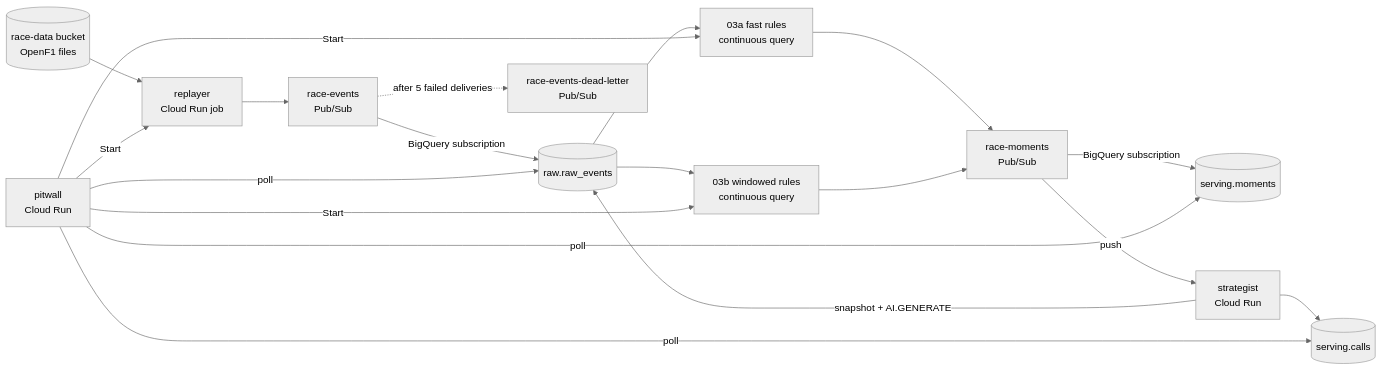
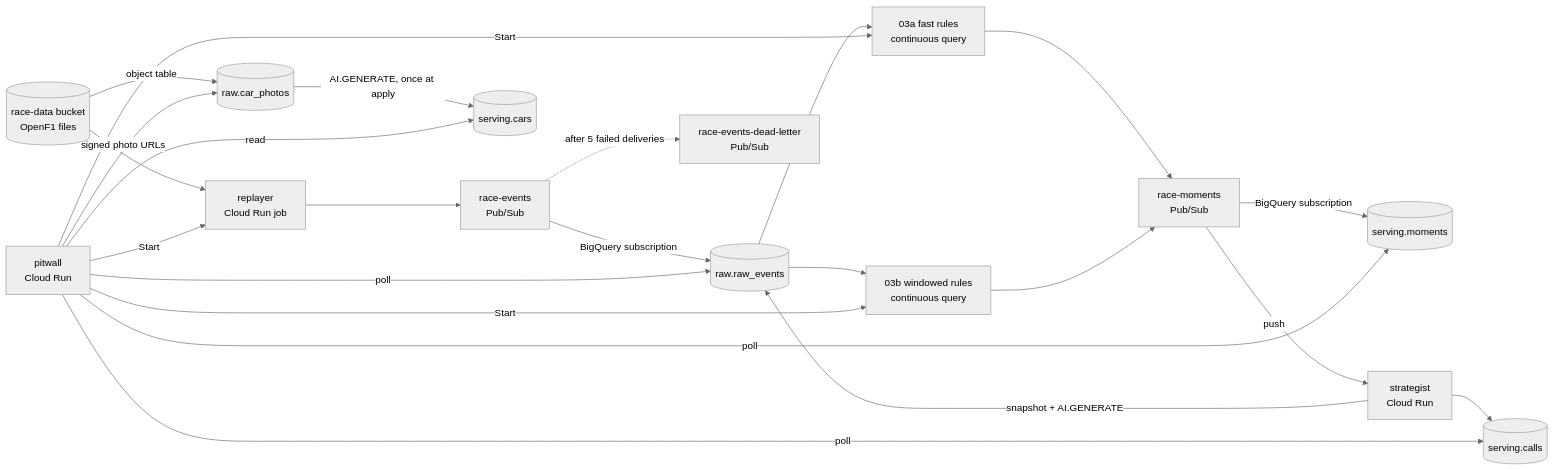
One commit to gCloud-Tech-Showcase/datacloud-realtime-race-strategy changed the first of 2 diagrams in docs/architecture.md. Above: the diagram before and after it, drawn with Mermaid (neutral theme). The commit also changed other lines of this file and 16 other files, not shown here.

````diff
--- a/docs/architecture.md
+++ b/docs/architecture.md
@@ -11,21 +11,25 @@
 ```mermaid
 flowchart LR
     GCS[("race-data bucket<br/>OpenF1 files")] --> R["replayer<br/>Cloud Run job"]
     R --> T1["race-events<br/>Pub/Sub"]
     T1 -->|"BigQuery subscription"| RAW[("raw.raw_events")]
     T1 -.->|"after 5 failed deliveries"| DL["race-events-dead-letter<br/>Pub/Sub"]
     RAW --> CQ1["03a fast rules<br/>continuous query"]
     RAW --> CQ2["03b windowed rules<br/>continuous query"]
     CQ1 --> T2["race-moments<br/>Pub/Sub"]
     CQ2 --> T2
     T2 -->|"BigQuery subscription"| MOM[("serving.moments")]
     T2 -->|"push"| S["strategist<br/>Cloud Run"]
     S -->|"snapshot + AI.GENERATE"| RAW
     S --> CALLS[("serving.calls")]
     PW["pitwall<br/>Cloud Run"] -->|"Start"| R
     PW -->|"Start"| CQ1
     PW -->|"Start"| CQ2
     PW -->|"poll"| RAW
     PW -->|"poll"| MOM
     PW -->|"poll"| CALLS
+    GCS -->|"object table"| PHOTOS[("raw.car_photos")]
+    PHOTOS -->|"AI.GENERATE, once at apply"| CARS[("serving.cars")]
+    PW -->|"signed photo URLs"| PHOTOS
+    PW -->|"read"| CARS
 ```
````
